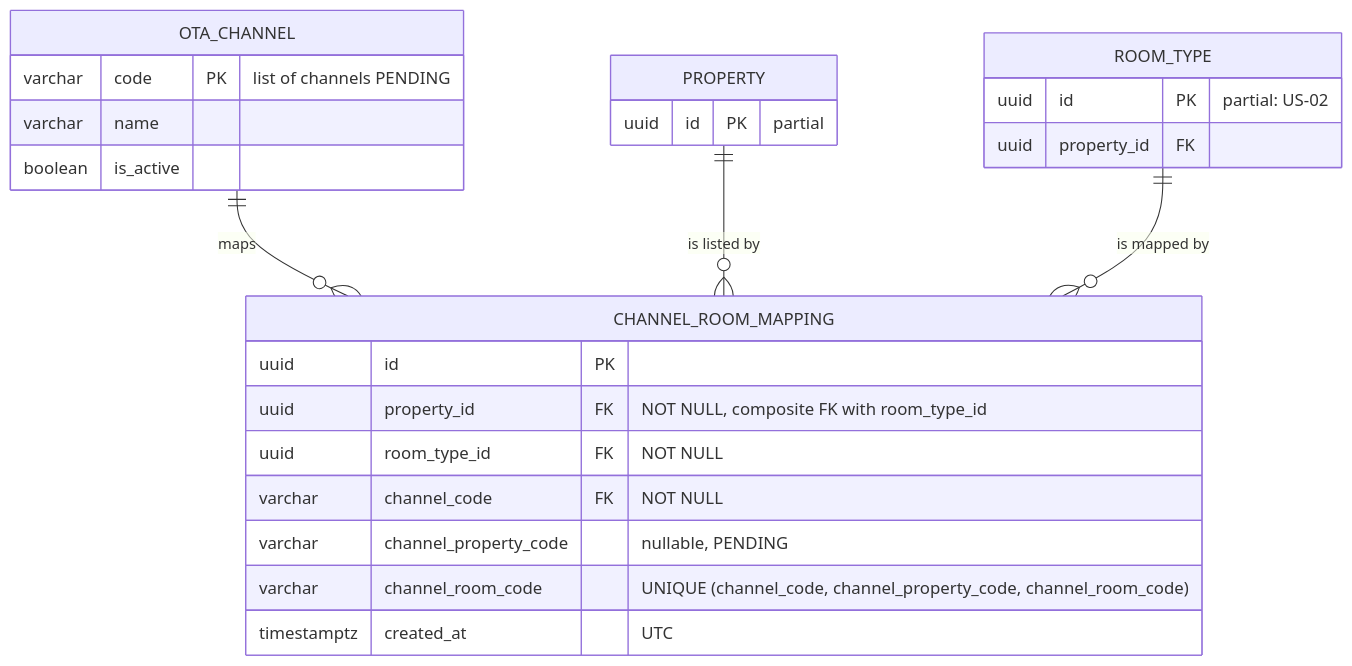
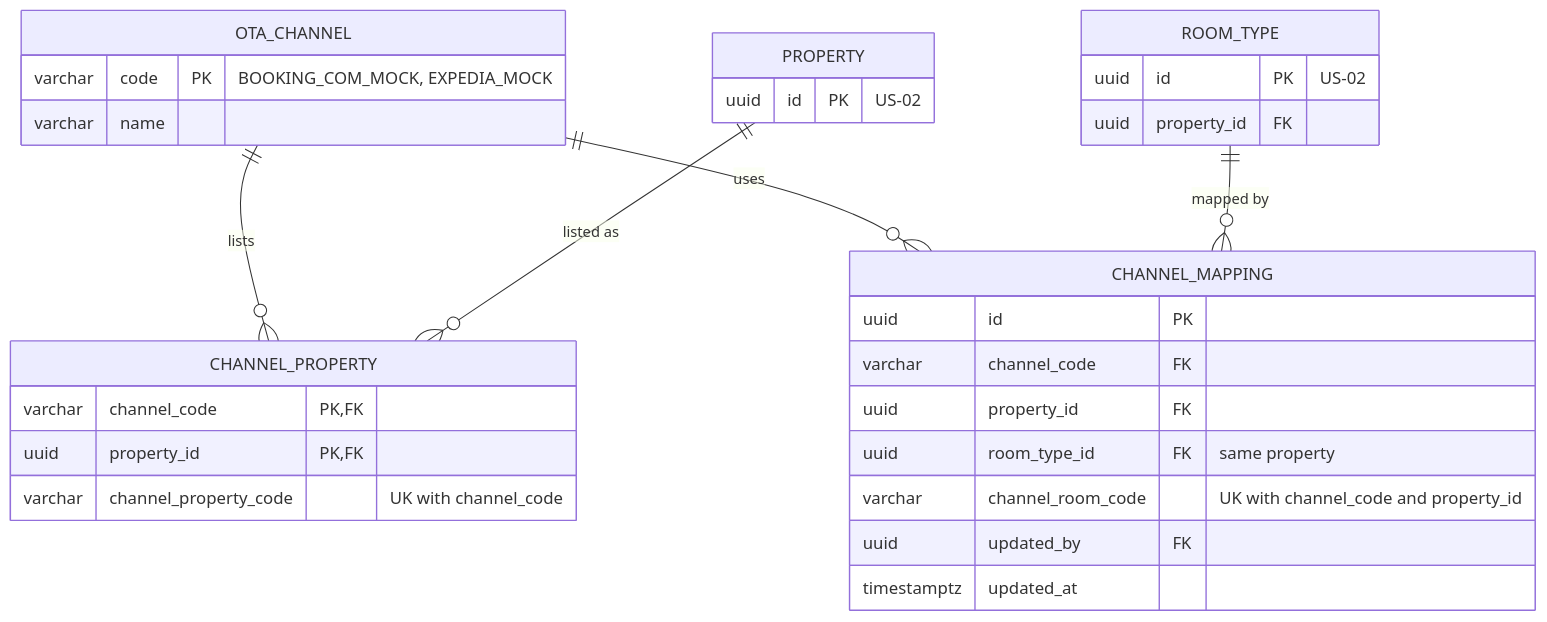
Before and after one commit to BraceroInSabot/Motel-Starmie: the second of 4 diagrams in docs/Initial Requirements/Diagrams/US-08 - OTA Channel Mapping.md, drawn with Mermaid. The commit also changed other lines of this file and 51 other files, not shown here.

````diff
--- a/docs/Initial Requirements/Diagrams/US-08 - OTA Channel Mapping.md
+++ b/docs/Initial Requirements/Diagrams/US-08 - OTA Channel Mapping.md
@@ -167,28 +102,33 @@
 ```mermaid
 erDiagram
-    OTA_CHANNEL ||--o{ CHANNEL_ROOM_MAPPING : "maps"
-    PROPERTY ||--o{ CHANNEL_ROOM_MAPPING : "is listed by"
-    ROOM_TYPE ||--o{ CHANNEL_ROOM_MAPPING : "is mapped by"
+    OTA_CHANNEL ||--o{ CHANNEL_PROPERTY : "lists"
+    PROPERTY ||--o{ CHANNEL_PROPERTY : "listed as"
+    OTA_CHANNEL ||--o{ CHANNEL_MAPPING : "uses"
+    ROOM_TYPE ||--o{ CHANNEL_MAPPING : "mapped by"
 
     OTA_CHANNEL {
-        varchar code PK "list of channels PENDING"
+        varchar code PK "BOOKING_COM_MOCK, EXPEDIA_MOCK"
         varchar name
-        boolean is_active
     }
-    CHANNEL_ROOM_MAPPING {
+    CHANNEL_PROPERTY {
+        varchar channel_code PK, FK
+        uuid property_id PK, FK
+        varchar channel_property_code "UK with channel_code"
+    }
+    CHANNEL_MAPPING {
         uuid id PK
-        uuid property_id FK "NOT NULL, composite FK with room_type_id"
-        uuid room_type_id FK "NOT NULL"
-        varchar channel_code FK "NOT NULL"
-        varchar channel_property_code "nullable, PENDING"
-        varchar channel_room_code "UNIQUE (channel_code, channel_property_code, channel_room_code)"
-        timestamptz created_at "UTC"
+        varchar channel_code FK
+        uuid property_id FK
+        uuid room_type_id FK "same property"
+        varchar channel_room_code "UK with channel_code and property_id"
+        uuid updated_by FK
+        timestamptz updated_at
     }
     ROOM_TYPE {
-        uuid id PK "partial: US-02"
+        uuid id PK "US-02"
         uuid property_id FK
     }
     PROPERTY {
-        uuid id PK "partial"
+        uuid id PK "US-02"
     }
 ```
````
